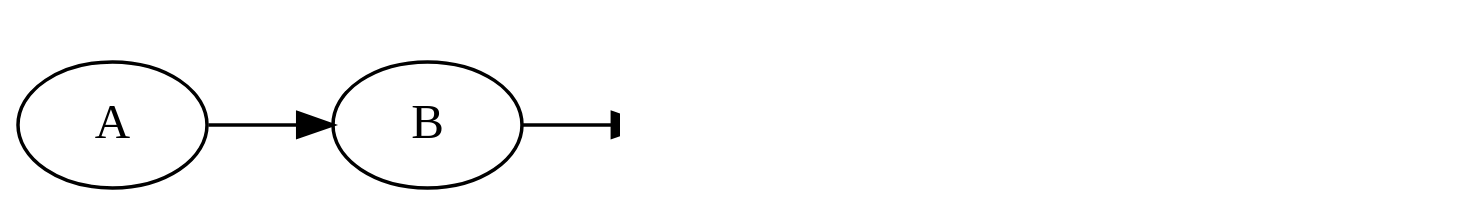
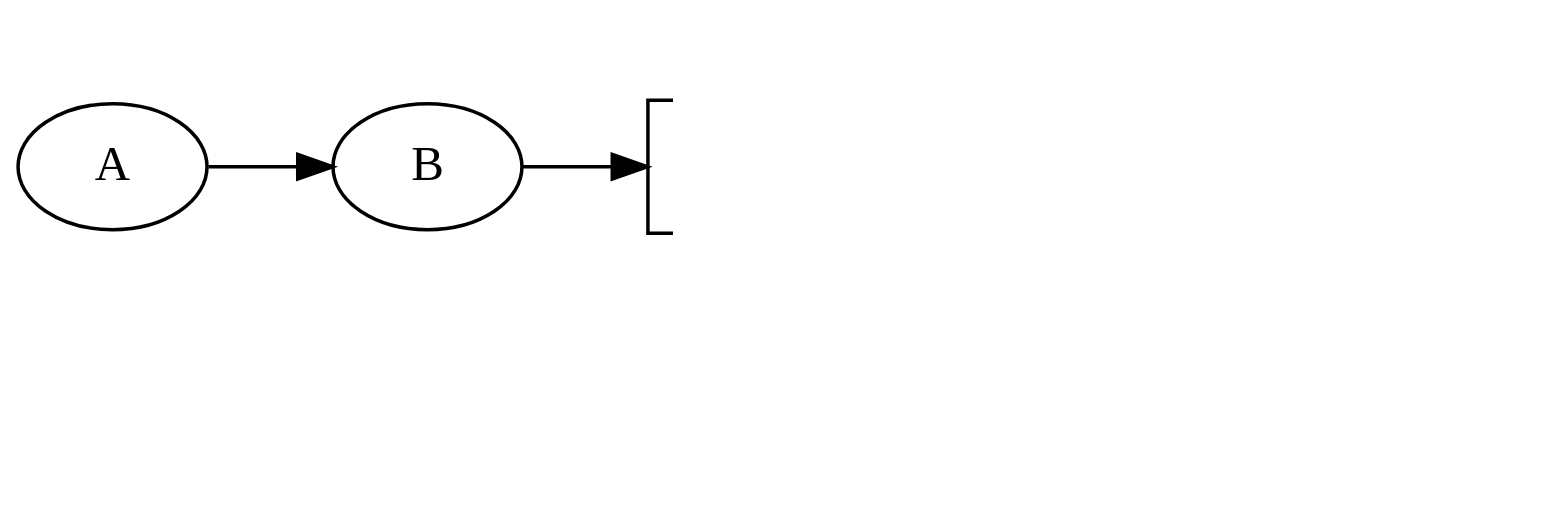
Diagram 11 of 17 in slides/src/main/asciidoc/lecture.adoc (inponomarev/kstreams-testing-pitfalls), drawn with Graphviz before and after one commit. The commit also changed other lines of this file and 3 other files, not shown here.

```diff
--- a/slides/src/main/asciidoc/lecture.adoc
+++ b/slides/src/main/asciidoc/lecture.adoc
@@ -517,21 +540,29 @@
 [graphviz,"cache2.png"]
 ----
 digraph G {
 graph [ dpi = 180 ];
 rankdir="LR";
 
 A1[label="A"];
 B1[label="B"];
 
 A1 -> B1 ->Reduce;
 
 Reduce[shape=box,label="reduce \n (l, r) → <STOP>"];
 
 Reduce -> Cache;
 
 Cache[shape=box,label=<<table cellspacing="5" cellborder="0"  border="0">
         <tr><td colspan="2">Cache</td></tr>
-        <tr><td>A</td>
-        <vr/><td>B</td></tr></table>>]
+        <tr><td>A</td><vr/><td>A</td></tr>
+        <tr><td>B</td><vr/><td>B</td></tr>
+        </table>>]
+Store[shape=cylinder,label=<<table cellspacing="5" cellborder="0"  border="0">
+        <tr><td colspan="2">Local Store</td></tr>
+        <tr><td> </td><td> </td></tr>
+        </table>>];
+        
+Cache -> Store;
+{rank = same; Store; Cache; }
 }
 ----
```
